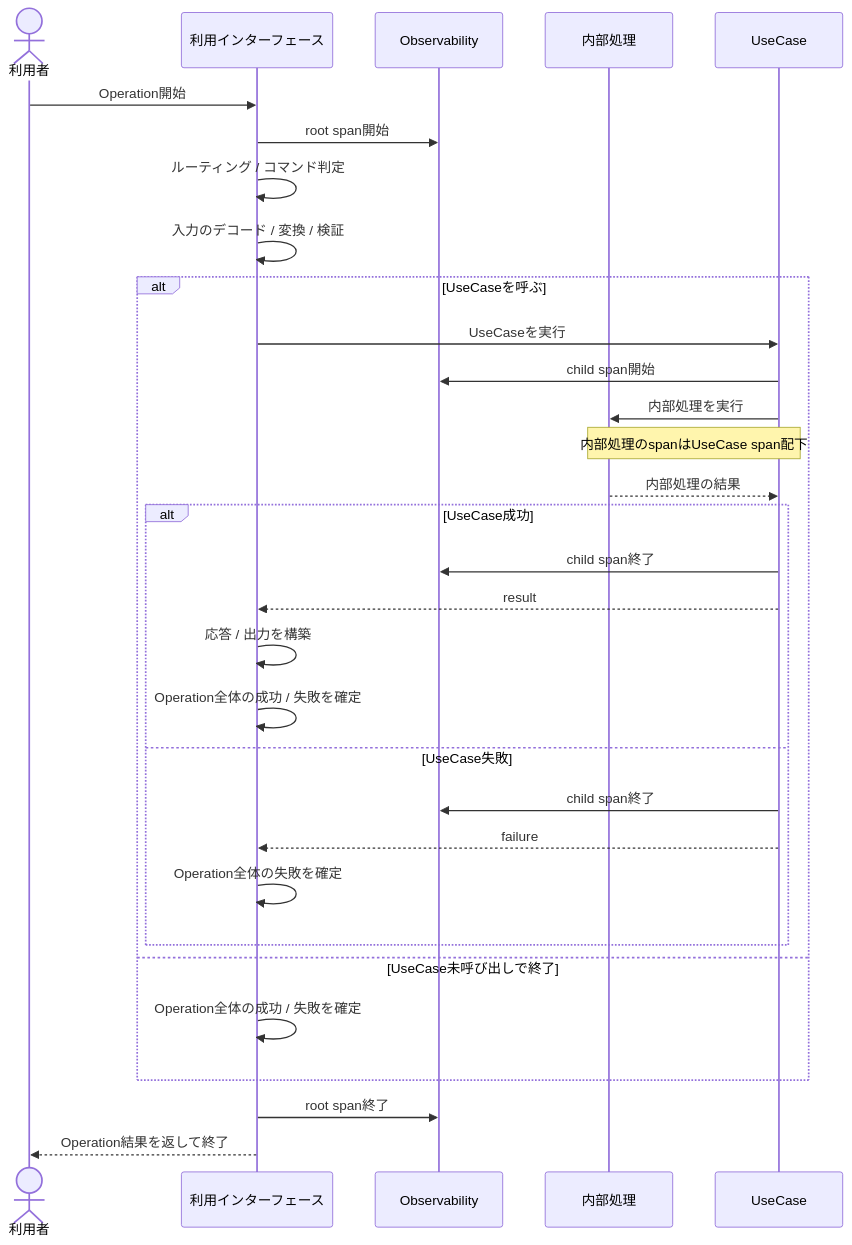
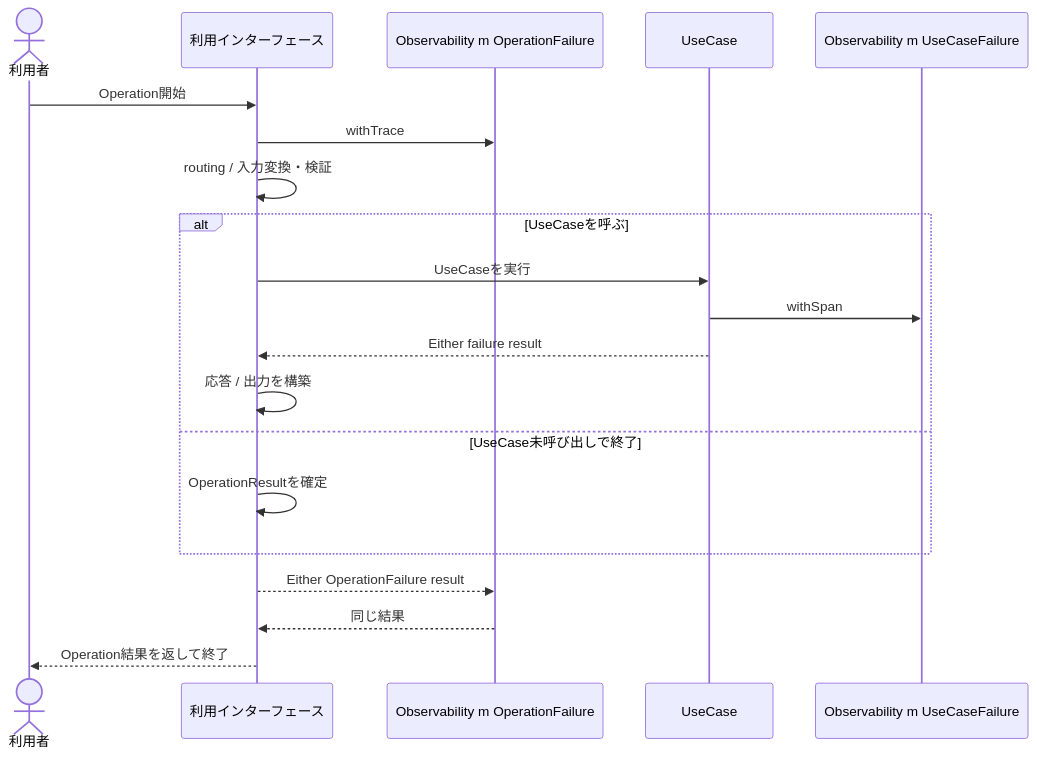
The first of 3 diagrams in Notes/RAGScope/RAGScopeアプリケーション/実行追跡・構造化ログ概要図.md (takashit16833/Workbench), drawn with Mermaid before and after one commit. The commit also changed other lines of this file and 5 other files, not shown here.

````diff
--- a/Notes/RAGScope/RAGScopeアプリケーション/実行追跡・構造化ログ概要図.md
+++ b/Notes/RAGScope/RAGScopeアプリケーション/実行追跡・構造化ログ概要図.md
@@ -23,37 +21,25 @@
 ```mermaid
 sequenceDiagram
     actor User as 利用者
     participant Interface as 利用インターフェース
-    participant Observability
-    participant InternalProcess as 内部処理
+    participant OperationObs as Observability m OperationFailure
     participant UseCase
+    participant UseCaseObs as Observability m UseCaseFailure
 
     User->>Interface: Operation開始
-    Interface->>Observability: root span開始
-    Interface->>Interface: ルーティング / コマンド判定
-    Interface->>Interface: 入力のデコード / 変換 / 検証
+    Interface->>OperationObs: withTrace
+    Interface->>Interface: routing / 入力変換・検証
 
     alt UseCaseを呼ぶ
         Interface->>UseCase: UseCaseを実行
-        UseCase->>Observability: child span開始
-        UseCase->>InternalProcess: 内部処理を実行
-        Note over UseCase,InternalProcess: 内部処理のspanはUseCase span配下
-        InternalProcess-->>UseCase: 内部処理の結果
-
-        alt UseCase成功
-            UseCase->>Observability: child span終了
-            UseCase-->>Interface: result
-            Interface->>Interface: 応答 / 出力を構築
-            Interface->>Interface: Operation全体の成功 / 失敗を確定
-        else UseCase失敗
-            UseCase->>Observability: child span終了
-            UseCase-->>Interface: failure
-            Interface->>Interface: Operation全体の失敗を確定
-        end
+        UseCase->>UseCaseObs: withSpan
+        UseCase-->>Interface: Either failure result
+        Interface->>Interface: 応答 / 出力を構築
     else UseCase未呼び出しで終了
-        Interface->>Interface: Operation全体の成功 / 失敗を確定
+        Interface->>Interface: OperationResultを確定
     end
 
-    Interface->>Observability: root span終了
+    Interface-->>OperationObs: Either OperationFailure result
+    OperationObs-->>Interface: 同じ結果
     Interface-->>User: Operation結果を返して終了
 ```
````
